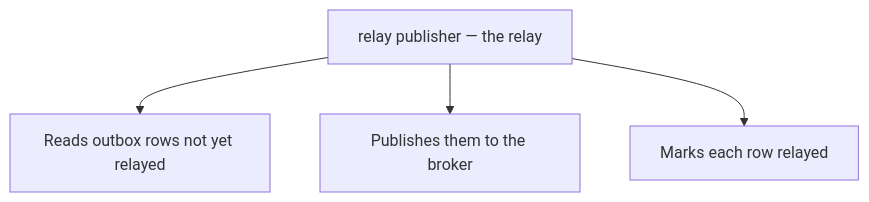
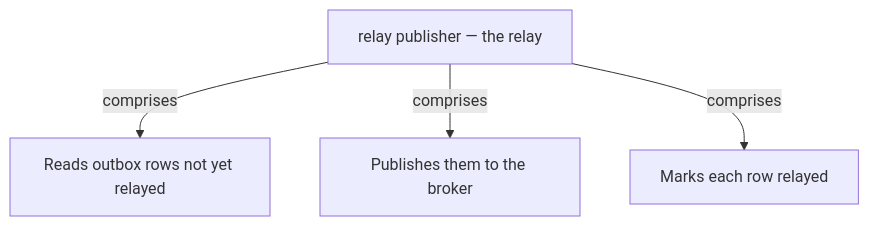
The seventh of 14 diagrams in docs/ch14-transactional-outbox.md (vinayakuber/microservices-io-study-guide), drawn with Mermaid before and after one commit. The commit also changed other lines of this file and 71 other files, not shown here.

First line of the commit message:
R18: label every diagram arrow with its meaning

````diff
--- a/docs/ch14-transactional-outbox.md
+++ b/docs/ch14-transactional-outbox.md
@@ -247,7 +247,7 @@
 ```mermaid
 flowchart TD
   R["relay publisher — the relay"]
-  R --> P0["Reads outbox rows not yet relayed"]
-  R --> P1["Publishes them to the broker"]
-  R --> P2["Marks each row relayed"]
+  R -->|"comprises"| P0["Reads outbox rows not yet relayed"]
+  R -->|"comprises"| P1["Publishes them to the broker"]
+  R -->|"comprises"| P2["Marks each row relayed"]
 ```
````
